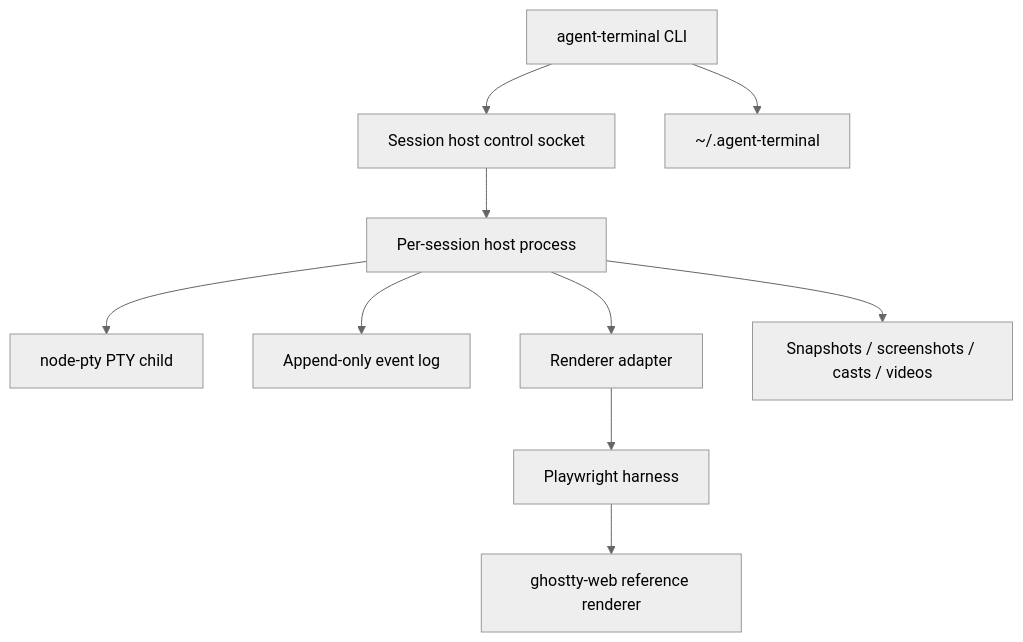
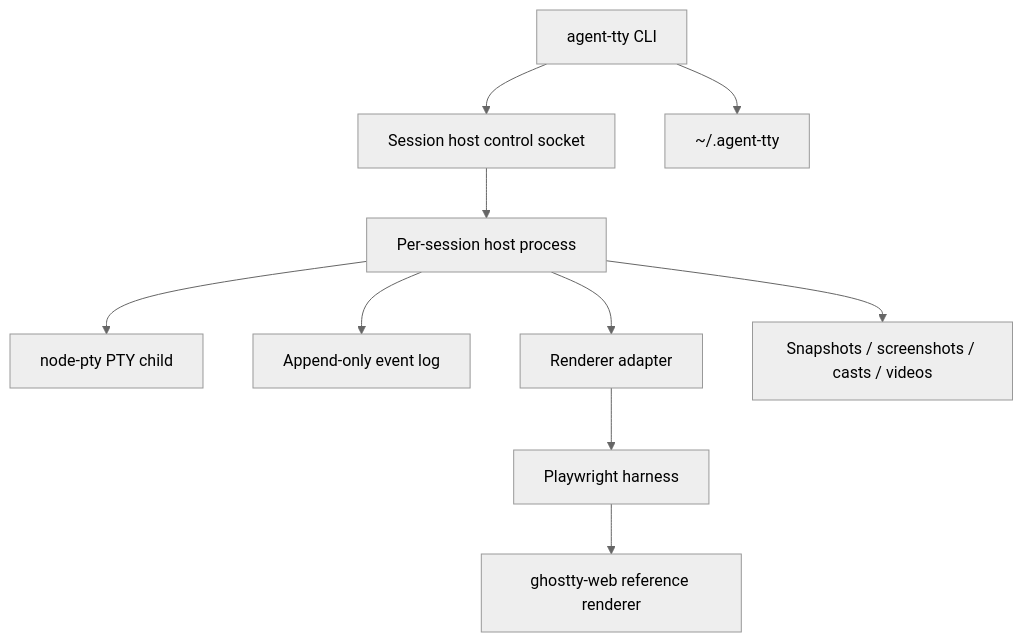
One commit to coder/agent-tty changed the diagram in design/ARCHITECTURE.md. Above: the diagram before and after it, drawn with Mermaid (neutral theme). The commit also changed other lines of this file and 81 other files, not shown here.

Commit message:
refactor: rename public CLI surface to agent-tty (#27)

````diff
--- a/design/ARCHITECTURE.md
+++ b/design/ARCHITECTURE.md
@@ -227,13 +227,13 @@
 ```mermaid
 flowchart TD
-    CLI["agent-terminal CLI"] --> SessionCtl["Session host control socket"]
-    CLI --> Home["~/.agent-terminal"]
+    CLI["agent-tty CLI"] --> SessionCtl["Session host control socket"]
+    CLI --> Home["~/.agent-tty"]
 
     SessionCtl --> Host["Per-session host process"]
     Host --> PTY["node-pty PTY child"]
     Host --> Log["Append-only event log"]
     Host --> Render["Renderer adapter"]
     Render --> PW["Playwright harness"]
     PW --> GW["ghostty-web reference renderer"]
     Host --> Artifacts["Snapshots / screenshots / casts / videos"]
 ```
````
